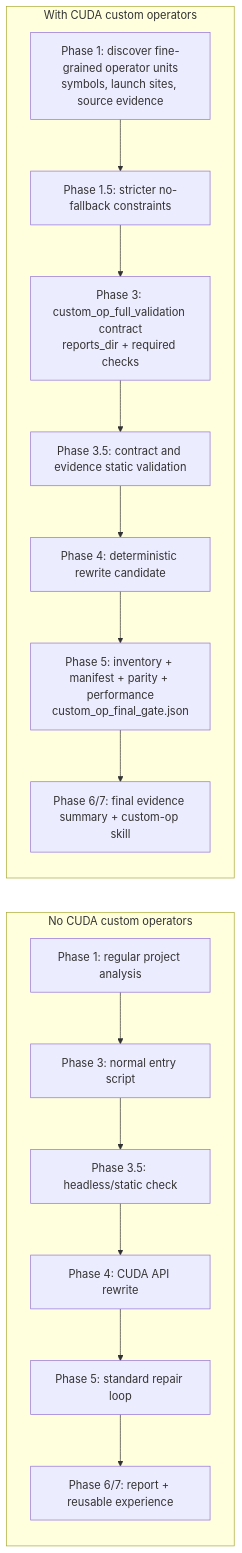
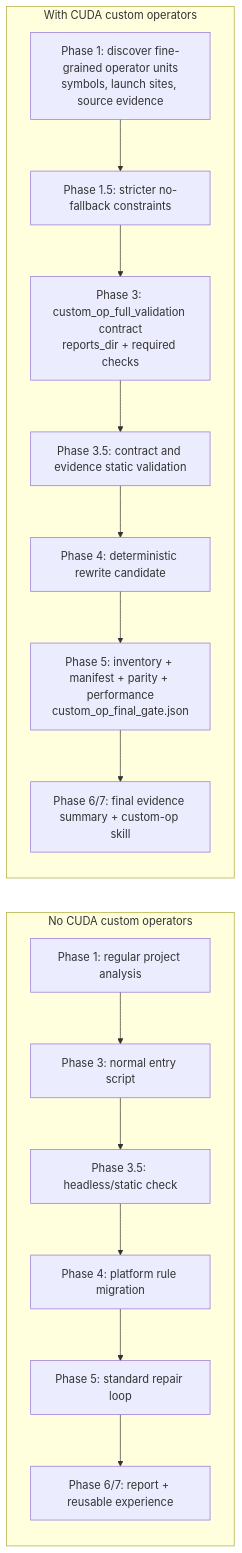
One commit to Fudan-SMI-lab/SEAM changed the third of 3 diagrams in README.md. Above: the diagram before and after it, drawn with Mermaid. The commit also changed other lines of this file and 1 other file, not shown here.

First line of the commit message:
docs: update migration E2E README guidance

````diff
--- a/README.md
+++ b/README.md
@@ -67,19 +68,19 @@
 ```mermaid
 flowchart LR
     subgraph N[No CUDA custom operators]
       N1[Phase 1: regular project analysis] --> N2[Phase 3: normal entry script]
       N2 --> N3[Phase 3.5: headless/static check]
-      N3 --> N4[Phase 4: CUDA API rewrite]
+      N3 --> N4[Phase 4: platform rule migration]
       N4 --> N5[Phase 5: standard repair loop]
       N5 --> N6[Phase 6/7: report + reusable experience]
     end
 
     subgraph C[With CUDA custom operators]
       C1[Phase 1: discover fine-grained operator units\nsymbols, launch sites, source evidence] --> C2[Phase 1.5: stricter no-fallback constraints]
       C2 --> C3[Phase 3: custom_op_full_validation contract\nreports_dir + required checks]
       C3 --> C4[Phase 3.5: contract and evidence static validation]
       C4 --> C5[Phase 4: deterministic rewrite candidate]
       C5 --> C6[Phase 5: inventory + manifest + parity + performance\ncustom_op_final_gate.json]
       C6 --> C7[Phase 6/7: final evidence summary + custom-op skill]
     end
 ```
````
